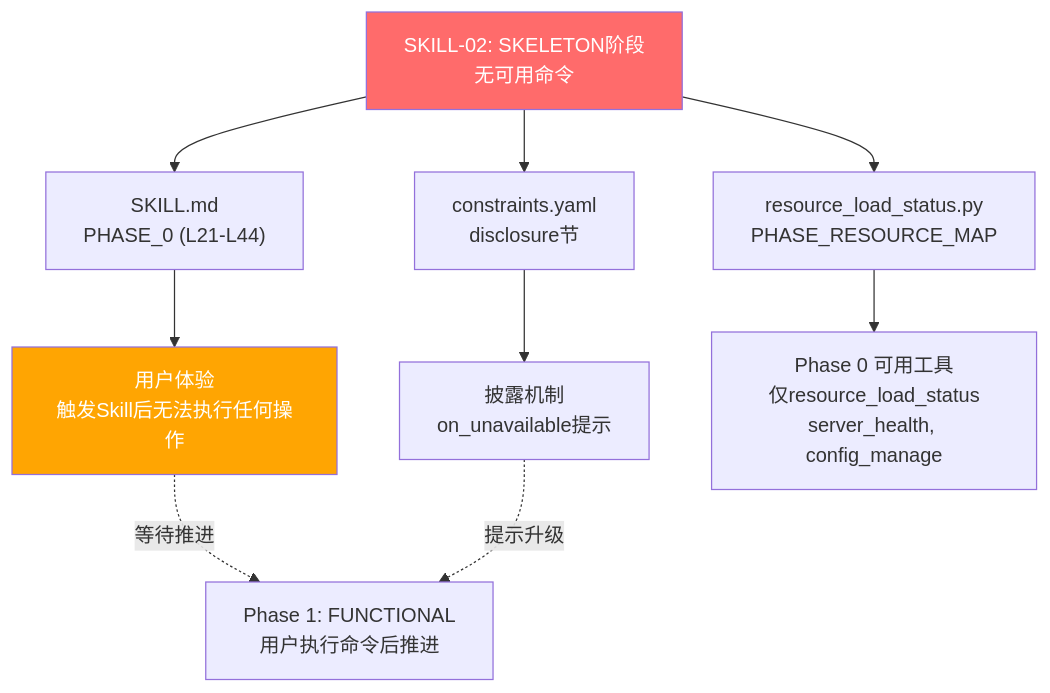
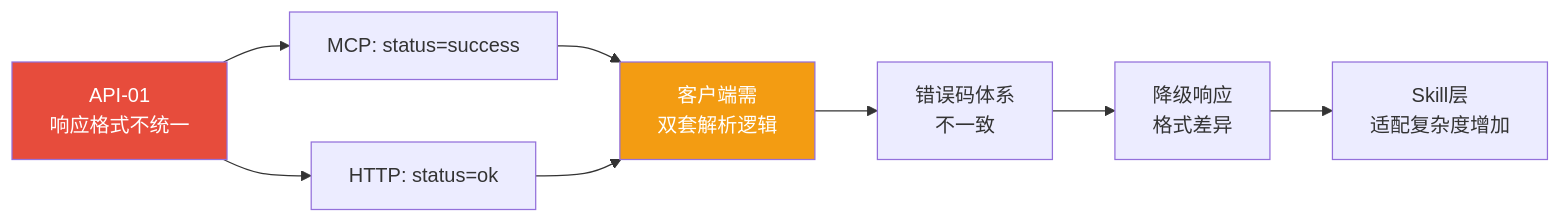
One commit to xuanyuanchumo/xuansto changed the fourth of 11 diagrams in docs/plan/REFACTOR_PLAN.md. Above: the diagram before and after it, drawn with Mermaid. The commit also changed other lines of this file and 68 other files, not shown here.

````diff
--- a/docs/plan/REFACTOR_PLAN.md
+++ b/docs/plan/REFACTOR_PLAN.md
@@ -220,18 +208,13 @@
 ```mermaid
-graph TD
-    SKILL02["SKILL-02: SKELETON阶段<br/>无可用命令"]
+graph LR
+    A["API-01<br/>响应格式不统一"] --> B["MCP: status=success"]
+    A --> C["HTTP: status=ok"]
+    B --> D["客户端需<br/>双套解析逻辑"]
+    C --> D
+    D --> E["错误码体系<br/>不一致"]
+    E --> F["降级响应<br/>格式差异"]
+    F --> G["Skill层<br/>适配复杂度增加"]
 
-    SKILL02 --> SKILL_MD["SKILL.md<br/>PHASE_0 (L21-L44)"]
-    SKILL02 --> CONSTRAINTS["constraints.yaml<br/>disclosure节"]
-    SKILL02 --> RLS["resource_load_status.py<br/>PHASE_RESOURCE_MAP"]
-
-    SKILL_MD --> USER["用户体验<br/>触发Skill后无法执行任何操作"]
-    CONSTRAINTS --> DISCLOSURE["披露机制<br/>on_unavailable提示"]
-    RLS --> PHASE0["Phase 0 可用工具<br/>仅resource_load_status<br/>server_health, config_manage"]
-
-    USER -.->|"等待推进"| PHASE1["Phase 1: FUNCTIONAL<br/>用户执行命令后推进"]
-    DISCLOSURE -.->|"提示升级"| PHASE1
-
-    style SKILL02 fill:#ff6b6b,color:#fff
-    style USER fill:#ffa502,color:#fff
+    style A fill:#e74c3c,color:#fff
+    style D fill:#f39c12,color:#fff
 ```
````
